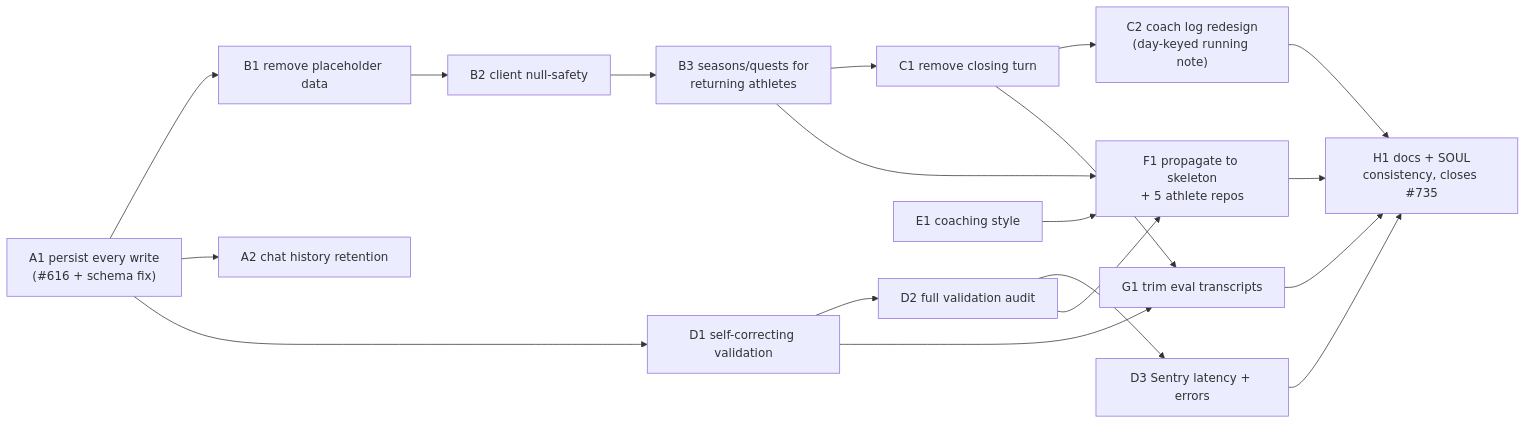
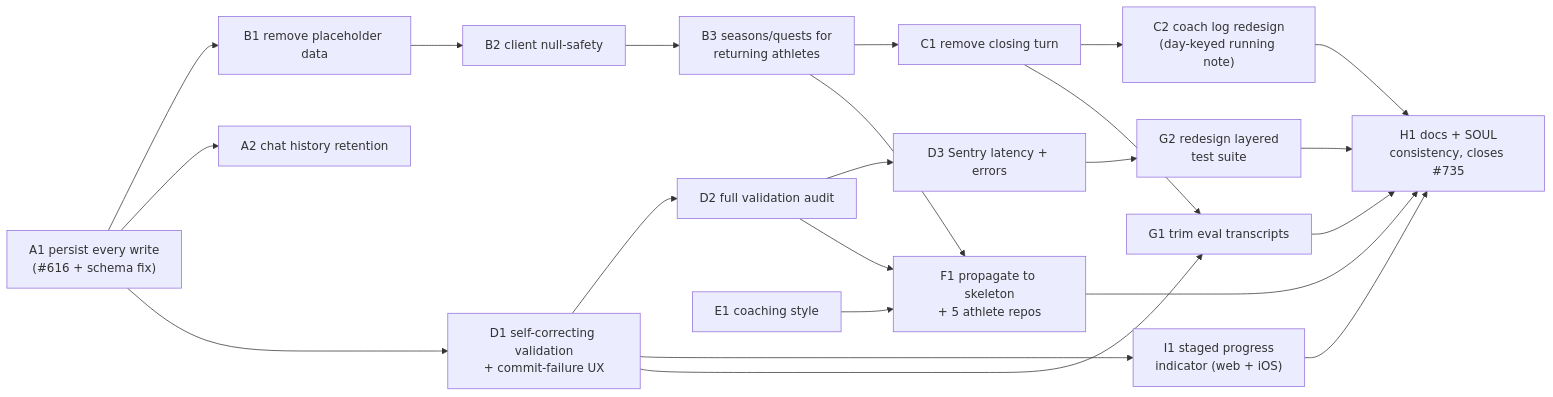
One commit to sibling-shipyard/coach-hq changed the diagram in docs/plans/chat-commit-redesign.md. Above: the diagram before and after it, drawn with Mermaid. The commit also changed other lines of this file and 3 other files, not shown here.

First line of the commit message:
docs: add I1 progress indicator, G2 layered-test redesign; resolve Sentry pipeline question

````diff
--- a/docs/plans/chat-commit-redesign.md
+++ b/docs/plans/chat-commit-redesign.md
@@ -36,21 +36,24 @@
 ```mermaid
 flowchart LR
   A1["A1 persist every write\n(#616 + schema fix)"] --> B1["B1 remove placeholder data"]
   A1 --> A2["A2 chat history retention"]
   B1 --> B2["B2 client null-safety"]
   B2 --> B3["B3 seasons/quests for\nreturning athletes"]
   B3 --> C1["C1 remove closing turn"]
   C1 --> C2["C2 coach log redesign\n(day-keyed running note)"]
-  A1 --> D1["D1 self-correcting validation"]
+  A1 --> D1["D1 self-correcting validation\n+ commit-failure UX"]
   D1 --> D2["D2 full validation audit"]
   D2 --> D3["D3 Sentry latency + errors"]
+  D1 --> I1["I1 staged progress\nindicator (web + iOS)"]
   E1["E1 coaching style"] --> F1
   B3 --> F1["F1 propagate to skeleton\n+ 5 athlete repos"]
   D2 --> F1
   C1 --> G1["G1 trim eval transcripts"]
   D1 --> G1
+  D3 --> G2["G2 redesign layered\ntest suite"]
   C2 --> H1["H1 docs + SOUL\nconsistency, closes #735"]
-  D3 --> H1
+  I1 --> H1
   F1 --> H1
   G1 --> H1
+  G2 --> H1
 ```
````
